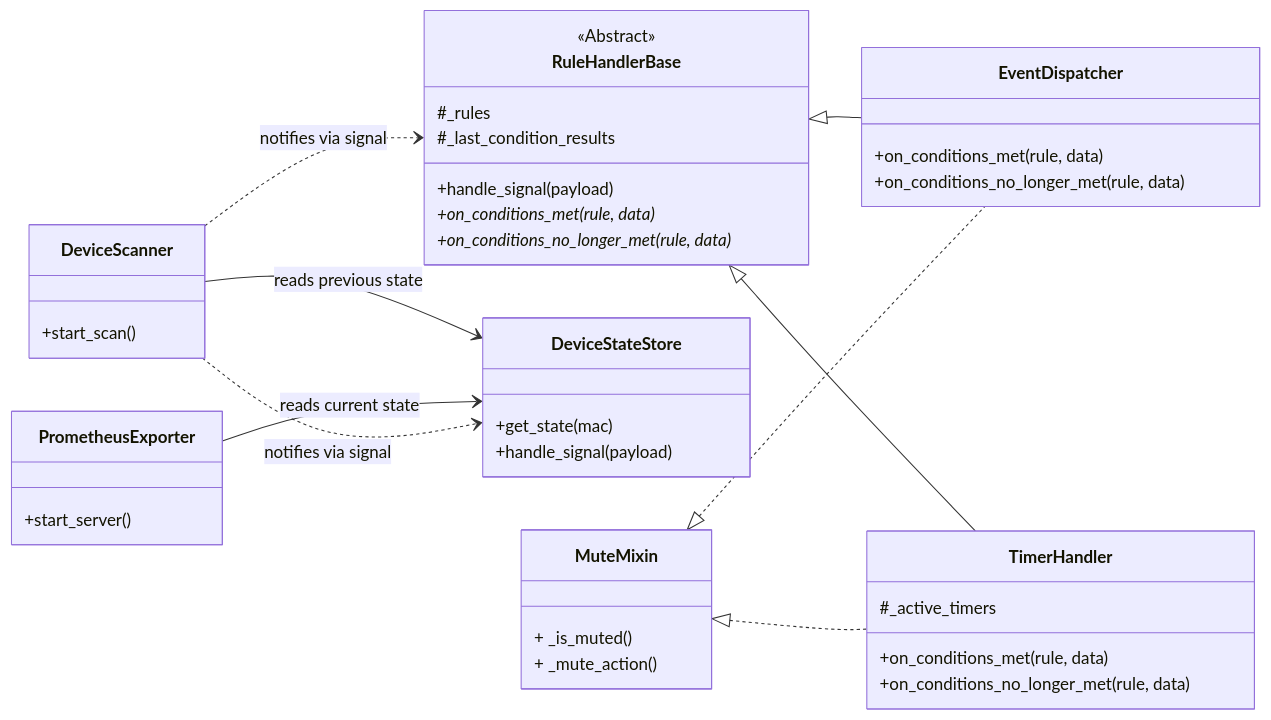
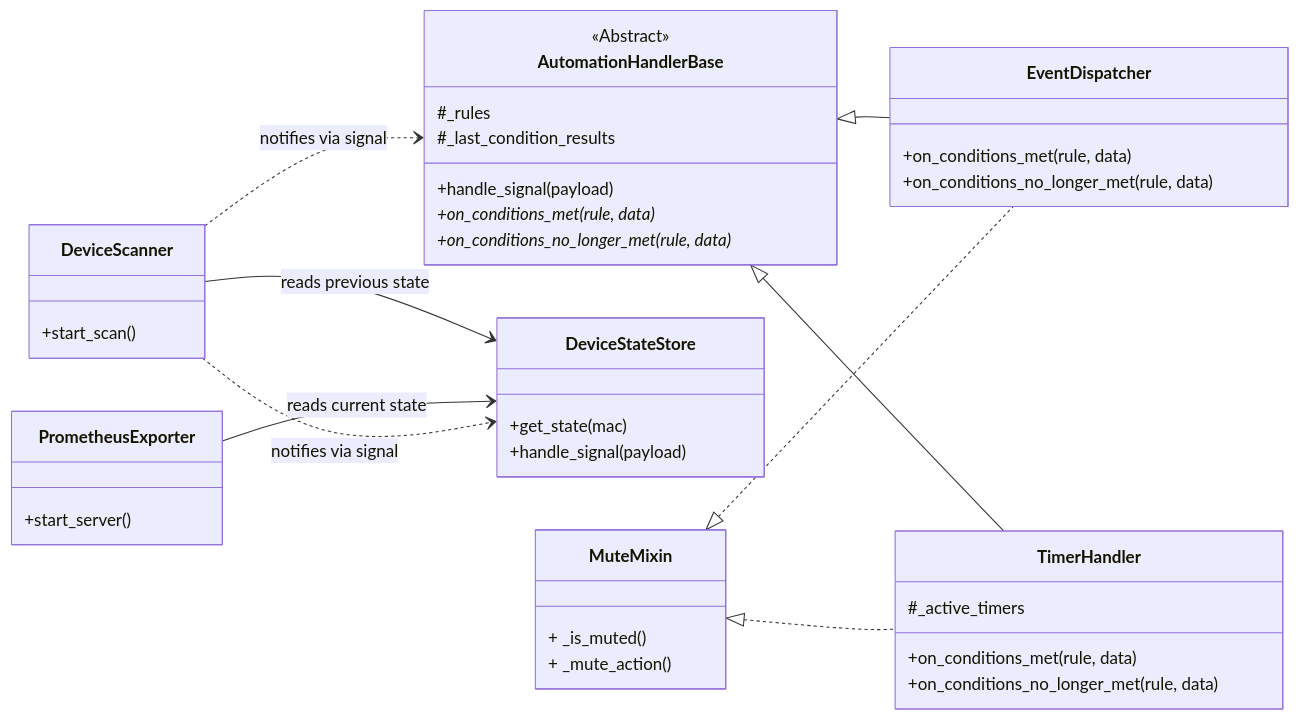
The diagram in docs/specification.md (hnw/switchbot-actions), drawn with Mermaid before and after one commit. The commit also changed other lines of this file and 12 other files, not shown here.

````diff
--- a/docs/specification.md
+++ b/docs/specification.md
@@ -21,45 +23,45 @@
 ```mermaid
 classDiagram
     direction LR
-    class RuleHandlerBase {
+    class AutomationHandlerBase {
         <<Abstract>>
         #_rules
         #_last_condition_results
         +handle_signal(payload)
         +on_conditions_met(rule, data)*
         +on_conditions_no_longer_met(rule, data)*
     }
     class EventDispatcher {
         +on_conditions_met(rule, data)
         +on_conditions_no_longer_met(rule, data)
     }
     class TimerHandler {
         #_active_timers
         +on_conditions_met(rule, data)
         +on_conditions_no_longer_met(rule, data)
     }
     class DeviceScanner {
         +start_scan()
     }
     class DeviceStateStore {
         +get_state(mac)
         +handle_signal(payload)
     }
     class PrometheusExporter{
         +start_server()
     }
     class MuteMixin {
         + _is_muted()
         + _mute_action()
     }
-    RuleHandlerBase <|-- EventDispatcher
+    AutomationHandlerBase <|-- EventDispatcher
     MuteMixin <|.. EventDispatcher
-    RuleHandlerBase <|-- TimerHandler
+    AutomationHandlerBase <|-- TimerHandler
     MuteMixin <|.. TimerHandler
 
     DeviceScanner --> DeviceStateStore : reads previous state
     PrometheusExporter --> DeviceStateStore : reads current state
 
-    DeviceScanner ..> RuleHandlerBase : notifies via signal
+    DeviceScanner ..> AutomationHandlerBase : notifies via signal
     DeviceScanner ..> DeviceStateStore : notifies via signal
 ```
````
